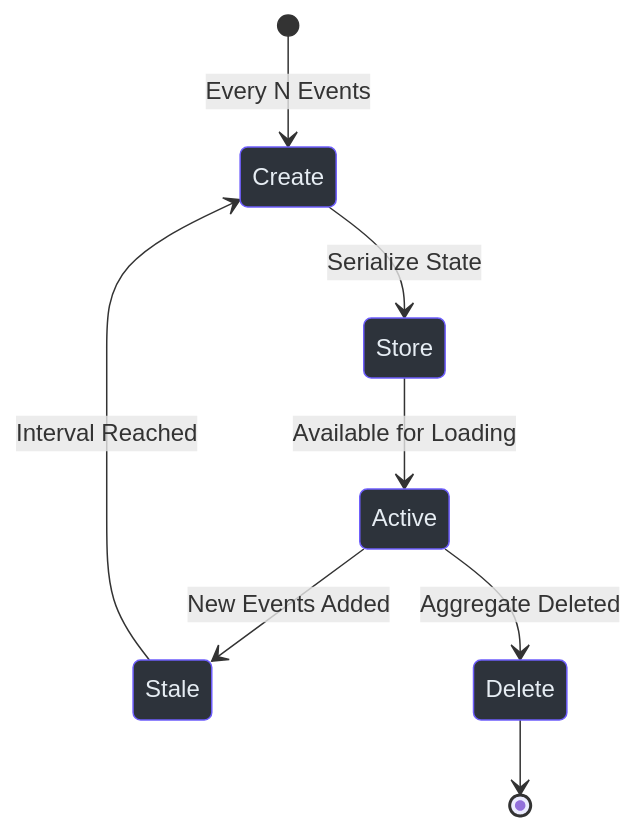
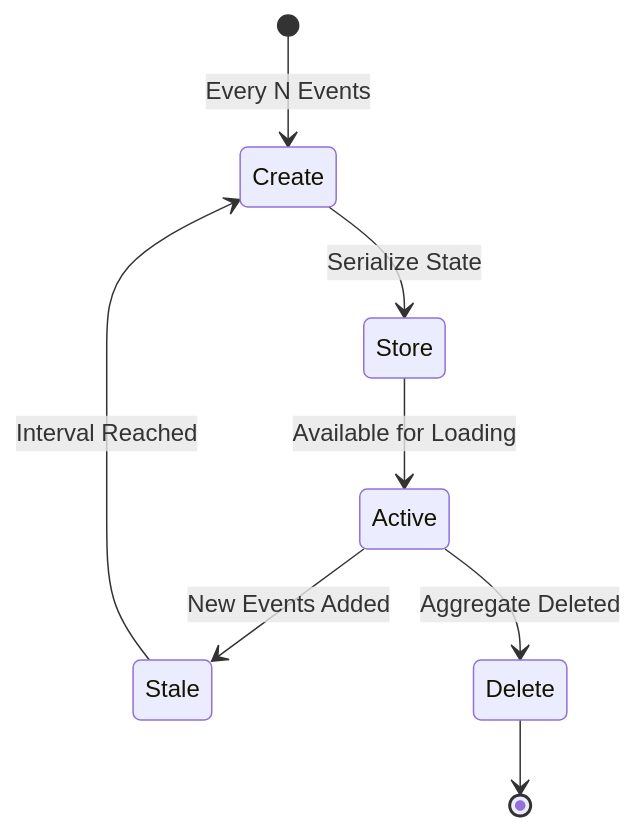
Before and after one commit to Ahoo-Wang/Wow: the second of 2 diagrams in documentation/docs/en/deep-dive/data/snapshot-store.md, drawn with Mermaid. The commit also changed 32 other files, not shown here.

Commit message:
docs: remove unsupported style/classDef directives from stateDiagram-v2 Mermaid blocks

````diff
--- a/documentation/docs/en/deep-dive/data/snapshot-store.md
+++ b/documentation/docs/en/deep-dive/data/snapshot-store.md
@@ -43,16 +43,11 @@
 ```mermaid
 stateDiagram-v2
     [*] --> Create: Every N Events
     Create --> Store: Serialize State
     Store --> Active: Available for Loading
     Active --> Stale: New Events Added
     Stale --> Create: Interval Reached
     Active --> Delete: Aggregate Deleted
     Delete --> [*]
 
-    style Create fill:#2d333b,stroke:#6d5dfc,color:#e6edf3
-    style Store fill:#2d333b,stroke:#6d5dfc,color:#e6edf3
-    style Active fill:#2d333b,stroke:#6d5dfc,color:#e6edf3
-    style Stale fill:#2d333b,stroke:#6d5dfc,color:#e6edf3
-    style Delete fill:#2d333b,stroke:#6d5dfc,color:#e6edf3
 ```
````
